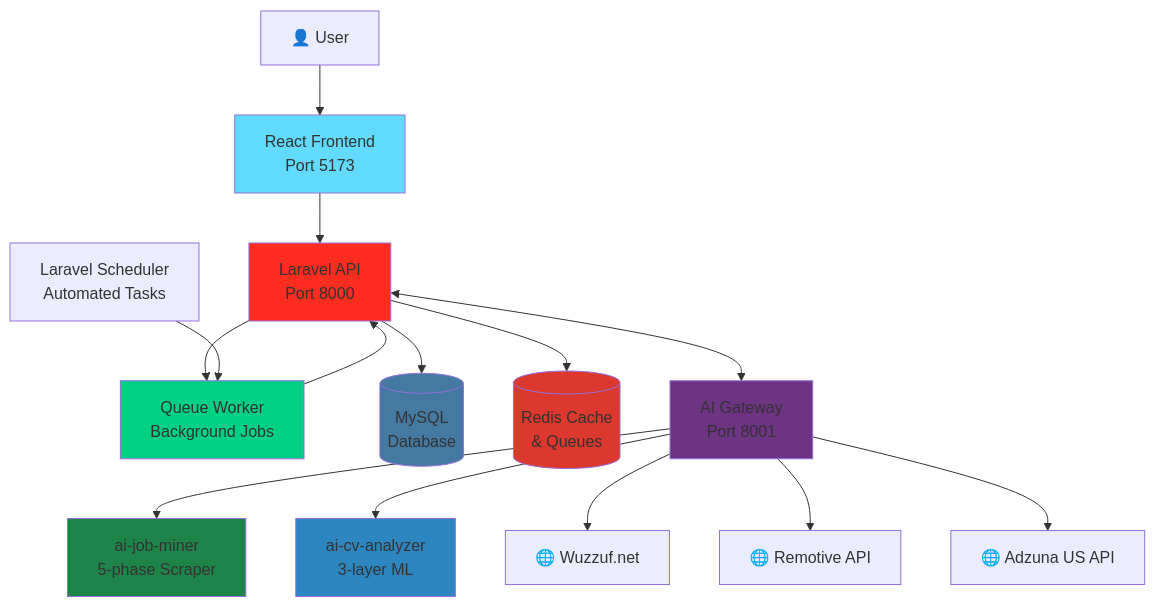
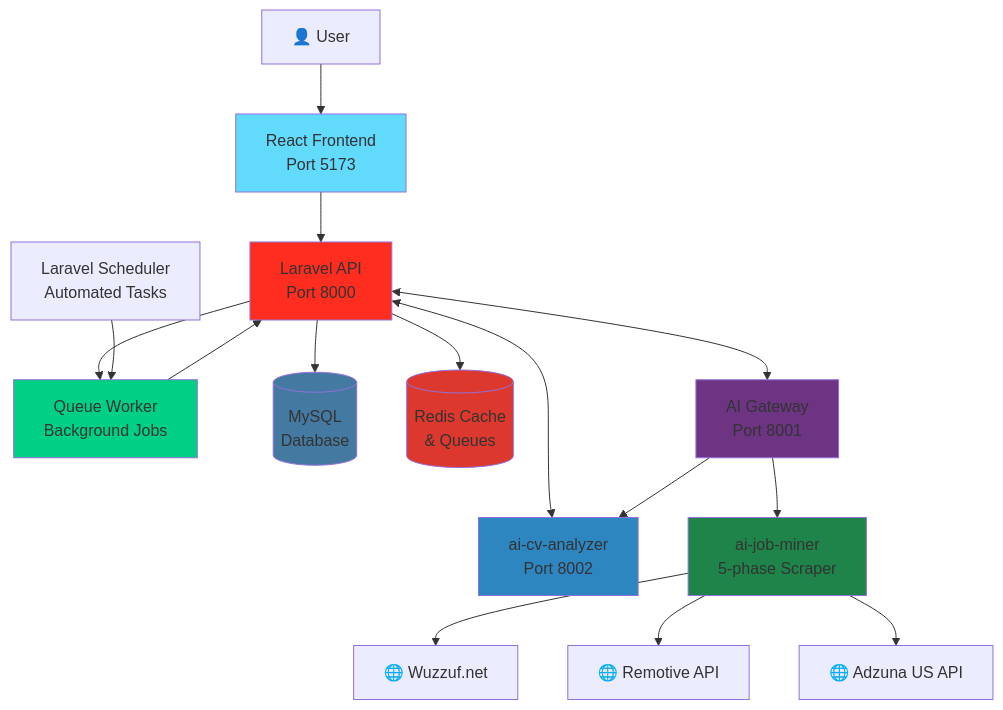
One commit to YousefAlTohamy/CareerCompass changed the first of 7 diagrams in README.md. Above: the diagram before and after it, drawn with Mermaid. The commit also changed other lines of this file and 4 other files, not shown here.

````diff
--- a/README.md
+++ b/README.md
@@ -23,25 +31,26 @@
 ```mermaid
 graph TB
     User[👤 User] --> Frontend[React Frontend<br/>Port 5173]
     Frontend --> Laravel[Laravel API<br/>Port 8000]
     Laravel --> Queue[Queue Worker<br/>Background Jobs]
     Laravel --> MySQL[(MySQL<br/>Database)]
     Laravel --> Redis[(Redis Cache<br/>& Queues)]
     Laravel <--> Gateway[AI Gateway<br/>Port 8001]
+    Laravel <--> CVAnalyzer[ai-cv-analyzer<br/>Port 8002]
     Gateway --> JobMiner[ai-job-miner<br/>5-phase Scraper]
-    Gateway --> CVAnalyzer[ai-cv-analyzer<br/>3-layer ML]
-    Gateway --> Wuzzuf[🌐 Wuzzuf.net]
-    Gateway --> Remotive[🌐 Remotive API]
-    Gateway --> Adzuna[🌐 Adzuna US API]
+    Gateway --> CVAnalyzer
+    JobMiner --> Wuzzuf[🌐 Wuzzuf.net]
+    JobMiner --> Remotive[🌐 Remotive API]
+    JobMiner --> Adzuna[🌐 Adzuna US API]
     Queue --> Laravel
     Scheduler[Laravel Scheduler<br/>Automated Tasks] --> Queue
 
     style Frontend fill:#61dafb
     style Laravel fill:#ff2d20
     style Gateway fill:#6c3483
+    style CVAnalyzer fill:#2e86c1
     style JobMiner fill:#1e8449
-    style CVAnalyzer fill:#2e86c1
     style MySQL fill:#4479a1
     style Redis fill:#dc382d
     style Queue fill:#00d084
 ```
````
